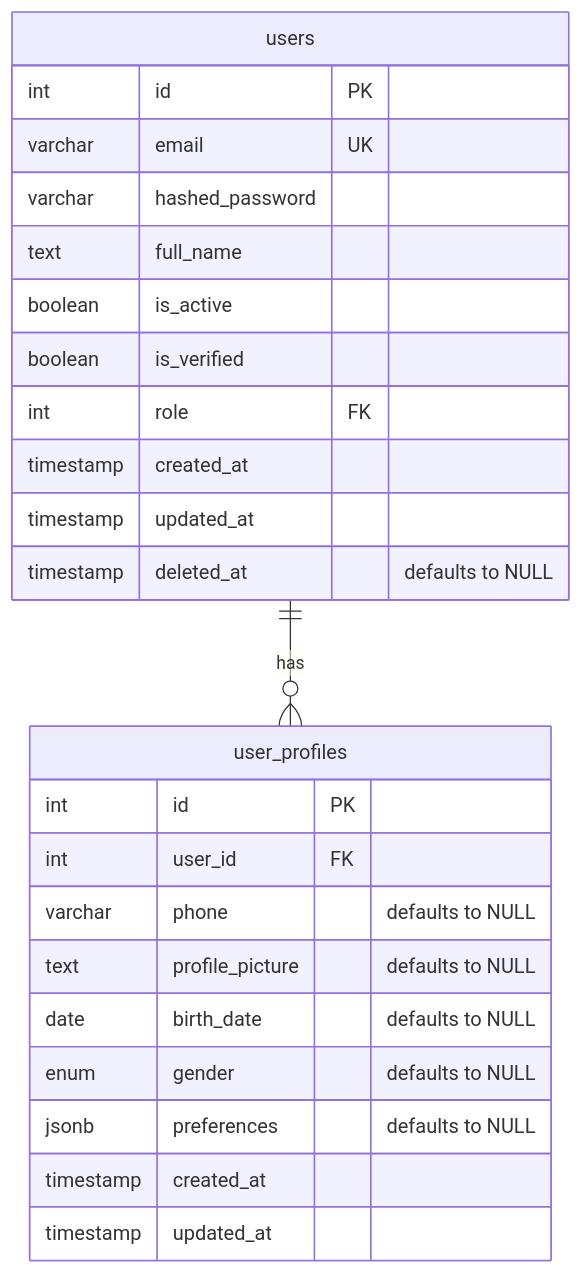
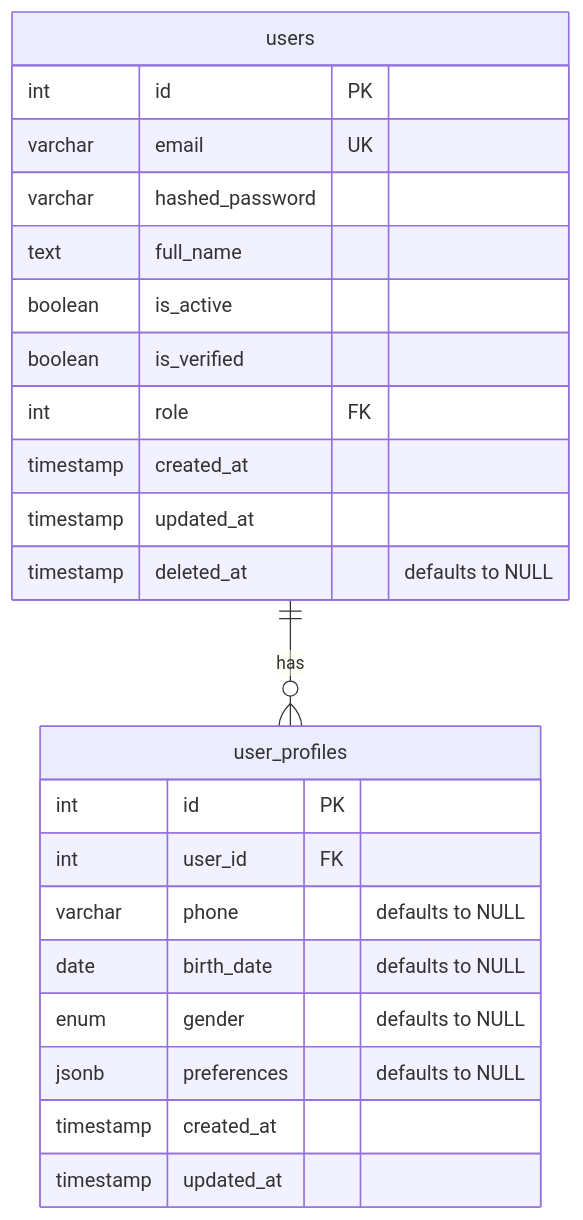
Before and after one commit to marcelovet/rest_ecommerce: the third of 18 diagrams in docs/schemas/schemas.md, drawn with Mermaid. The commit also changed other lines of this file and 3 other files, not shown here.

Commit message:
User registration, verification and authentication squence diagrams

````diff
--- a/docs/schemas/schemas.md
+++ b/docs/schemas/schemas.md
@@ -505,30 +536,29 @@
 ```mermaid
 erDiagram
     %% User Domain
     users {
         int id PK
         varchar email UK
         varchar hashed_password
         text full_name
         boolean is_active
         boolean is_verified
         int role FK
         timestamp created_at
         timestamp updated_at
         timestamp deleted_at "defaults to NULL"
     }
     
     user_profiles {
         int id PK
         int user_id FK
         varchar phone "defaults to NULL"
-        text profile_picture "defaults to NULL"
         date birth_date "defaults to NULL"
         enum gender "defaults to NULL"
         jsonb preferences "defaults to NULL"
         timestamp created_at
         timestamp updated_at
     }
 
     users ||--o{ user_profiles : "has"
 ```
````
